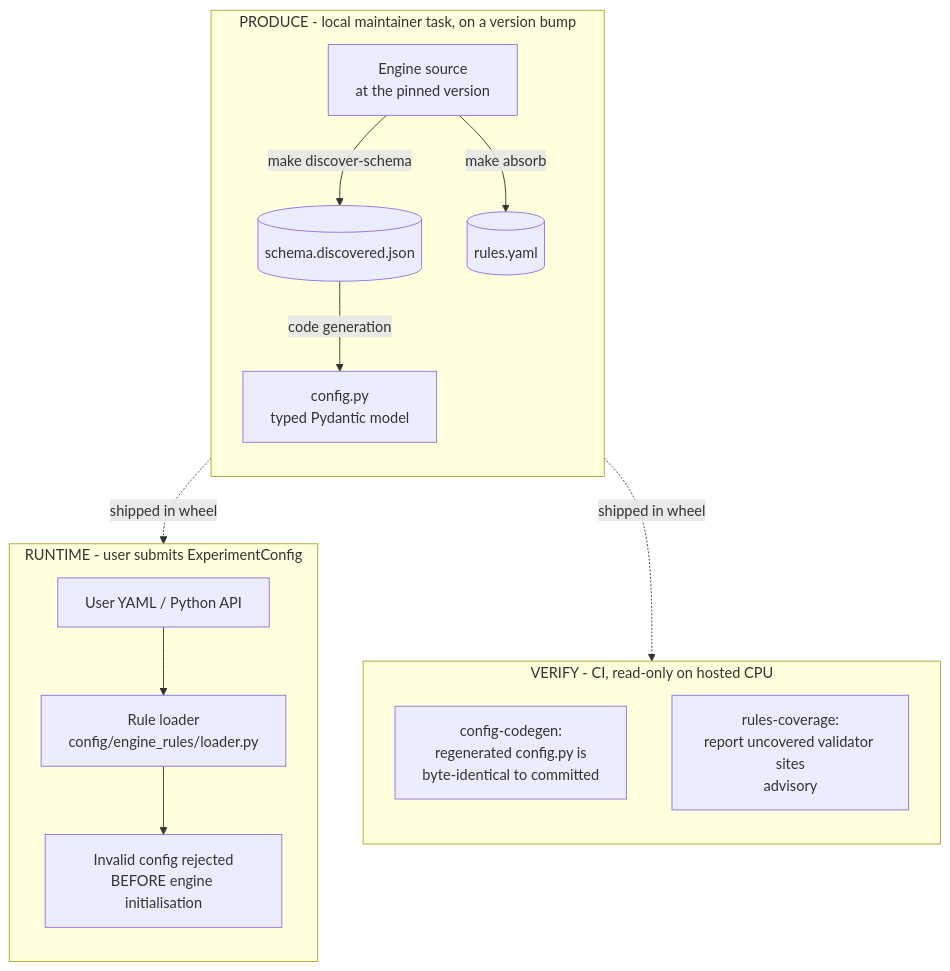
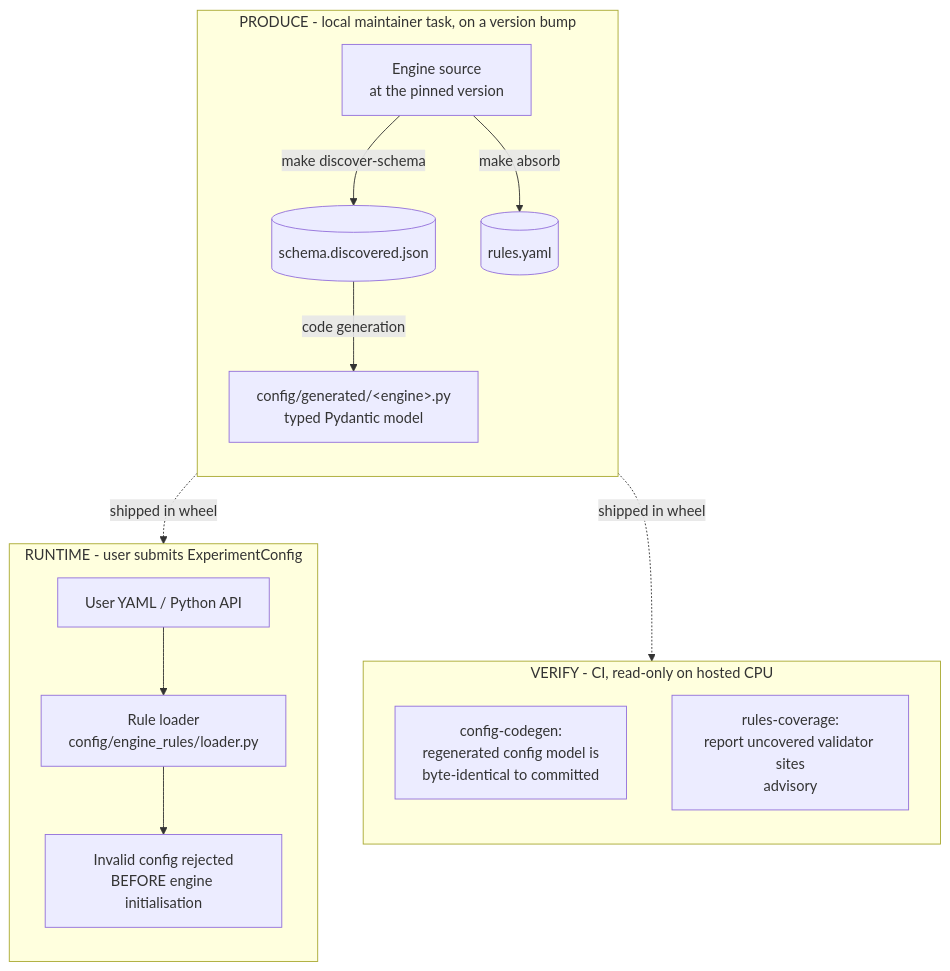
One commit to henrycgbaker/LLenergyMeasure changed the first of 2 diagrams in docs/explanation/architecture/architecture-overview.md. Above: the diagram before and after it, drawn with Mermaid. The commit also changed other lines of this file and 11 other files, not shown here.

````diff
--- a/docs/explanation/architecture/architecture-overview.md
+++ b/docs/explanation/architecture/architecture-overview.md
@@ -25,30 +25,30 @@
 ```mermaid
 flowchart TB
     subgraph produce["PRODUCE - local maintainer task, on a version bump"]
         direction TB
         src[Engine source<br/>at the pinned version]
         schema[(schema.discovered.json)]
         rules[(rules.yaml)]
-        config[config.py<br/>typed Pydantic model]
+        config[config/generated/&lt;engine&gt;.py<br/>typed Pydantic model]
         src -->|make discover-schema| schema
         src -->|make absorb| rules
         schema -->|code generation| config
     end
 
     subgraph verify["VERIFY - CI, read-only on hosted CPU"]
         direction TB
-        codegen[config-codegen:<br/>regenerated config.py is<br/>byte-identical to committed]
+        codegen[config-codegen:<br/>regenerated config model is<br/>byte-identical to committed]
         coverage[rules-coverage:<br/>report uncovered validator sites<br/>advisory]
     end
 
     subgraph runtime["RUNTIME - user submits ExperimentConfig"]
         direction TB
         user[User YAML / Python API]
         loader[Rule loader<br/>config/engine_rules/loader.py]
         rejected[Invalid config rejected<br/>BEFORE engine initialisation]
         user --> loader --> rejected
     end
 
     schema -. shipped in wheel .-> codegen
     rules -. shipped in wheel .-> loader
 ```
````
